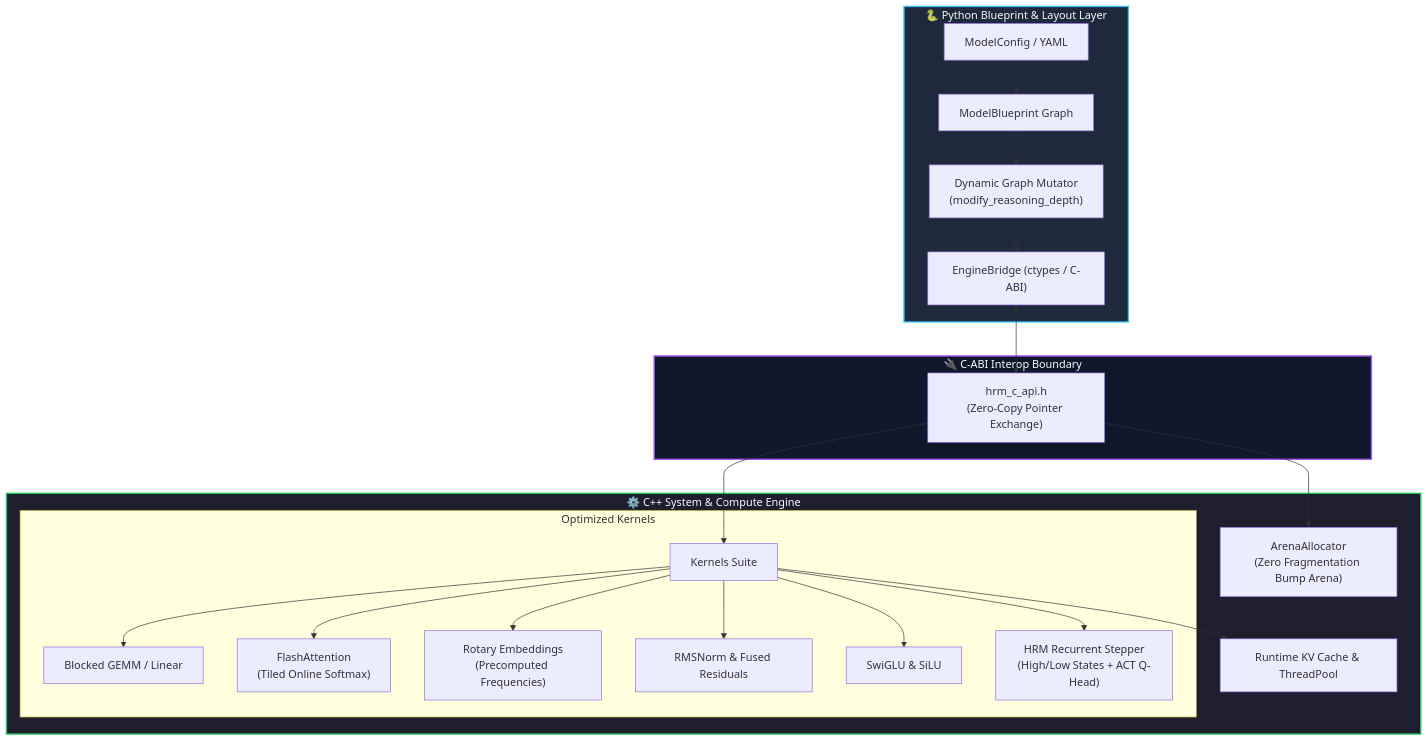
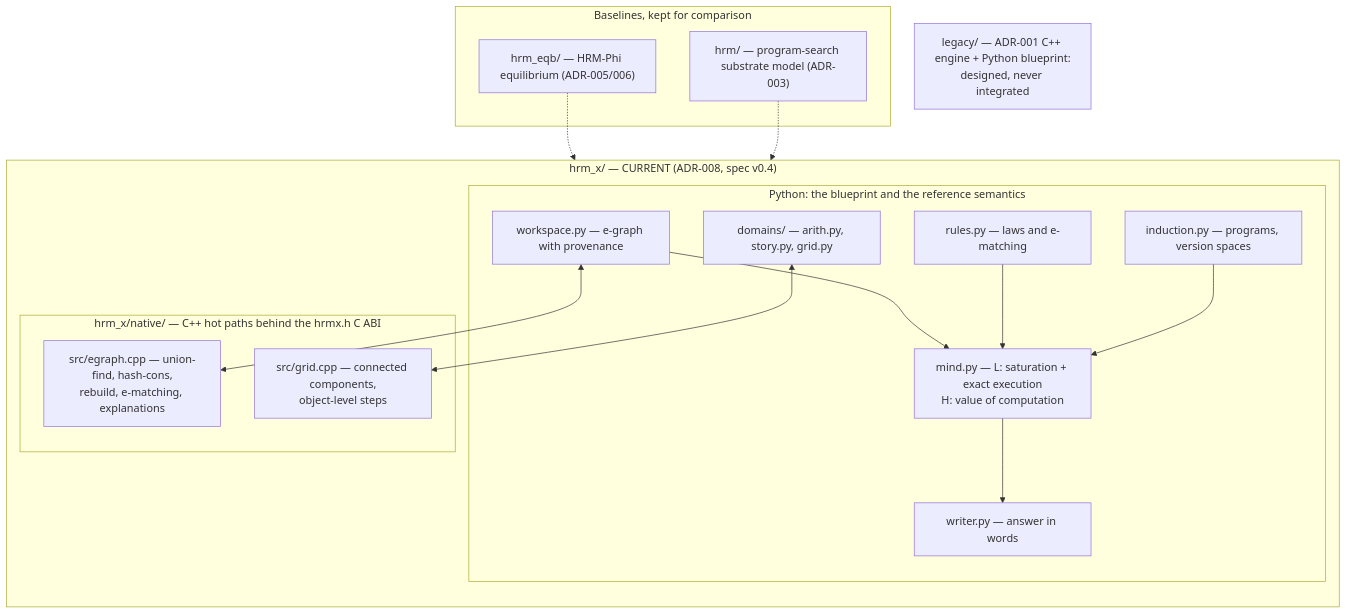
The diagram in vault/00 - Meta & Indexes/Dashboard.md (QuangNguyenPT/Demo-Equilibrium), drawn with Mermaid before and after one commit. The commit also changed other lines of this file and 100 other files, not shown here.

````diff
--- a/vault/00 - Meta & Indexes/Dashboard.md
+++ b/vault/00 - Meta & Indexes/Dashboard.md
@@ -42,32 +37,34 @@
 ```mermaid
 flowchart TD
-    subgraph PythonLayer["🐍 Python Blueprint & Layout Layer"]
-        CFG["ModelConfig / YAML"] --> BP["ModelBlueprint Graph"]
-        BP --> MOD["Dynamic Graph Mutator\n(modify_reasoning_depth)"]
-        MOD --> BRG["EngineBridge (ctypes / C-ABI)"]
+    subgraph HRMX["hrm_x/ — CURRENT (ADR-008, spec v0.4)"]
+        direction TB
+        subgraph PY["Python: the blueprint and the reference semantics"]
+            WS["workspace.py — e-graph with provenance"]
+            RU["rules.py — laws and e-matching"]
+            IN["induction.py — programs, version spaces"]
+            MI["mind.py — L: saturation + exact execution<br/>H: value of computation"]
+            WR["writer.py — answer in words"]
+            DOM["domains/ — arith.py, story.py, grid.py"]
+        end
+        subgraph NAT["hrm_x/native/ — C++ hot paths behind the hrmx.h C ABI"]
+            EG["src/egraph.cpp — union-find, hash-cons,<br/>rebuild, e-matching, explanations"]
+            GR["src/grid.cpp — connected components,<br/>object-level steps"]
+        end
+        WS <--> EG
+        DOM <--> GR
+        WS --> MI
+        RU --> MI
+        IN --> MI
+        MI --> WR
     end
 
-    subgraph NativeBridge["🔌 C-ABI Interop Boundary"]
-        BRG <--> CABI["hrm_c_api.h\n(Zero-Copy Pointer Exchange)"]
+    subgraph BASE["Baselines, kept for comparison"]
+        EQB["hrm_eqb/ — HRM-Phi equilibrium (ADR-005/006)"]
+        HRM["hrm/ — program-search substrate model (ADR-003)"]
     end
 
-    subgraph CPPEngine["⚙️ C++ System & Compute Engine"]
-        CABI --> ARENA["ArenaAllocator\n(Zero Fragmentation Bump Arena)"]
-        CABI --> KERNELS["Kernels Suite"]
-        
-        subgraph KernelsDetail["Optimized Kernels"]
-            KERNELS --> GEMM["Blocked GEMM / Linear"]
-            KERNELS --> ATTN["FlashAttention\n(Tiled Online Softmax)"]
-            KERNELS --> ROPE["Rotary Embeddings\n(Precomputed Frequencies)"]
-            KERNELS --> NORM["RMSNorm & Fused Residuals"]
-            KERNELS --> ACTV["SwiGLU & SiLU"]
-            KERNELS --> HRM["HRM Recurrent Stepper\n(High/Low States + ACT Q-Head)"]
-        end
+    LEG["legacy/ — ADR-001 C++ engine + Python blueprint:<br/>designed, never integrated"]
 
-        KERNELS --> RUNTIME["Runtime KV Cache & ThreadPool"]
-    end
-
-    style PythonLayer fill:#1e293b,stroke:#38bdf8,stroke-width:2px,color:#f8fafc
-    style NativeBridge fill:#0f172a,stroke:#a855f7,stroke-width:2px,color:#f8fafc
-    style CPPEngine fill:#1e1e2e,stroke:#22c55e,stroke-width:2px,color:#f8fafc
+    EQB -.-> HRMX
+    HRM -.-> HRMX
 ```
````
